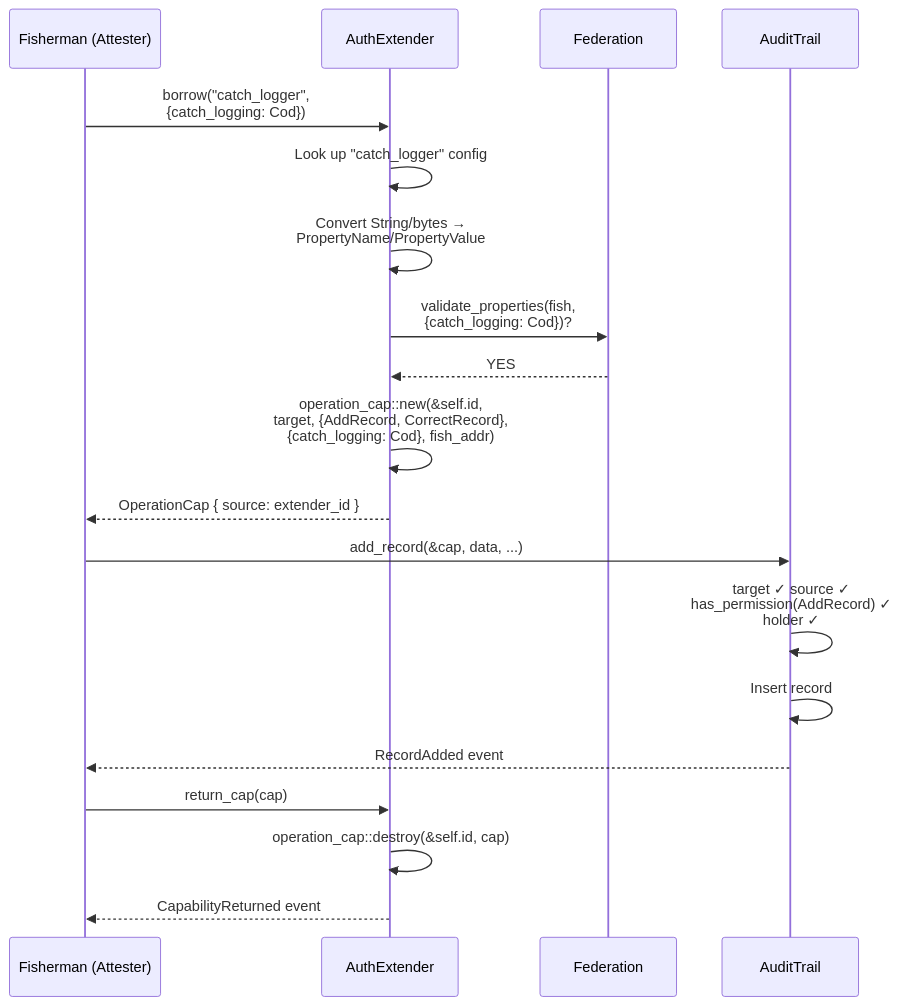
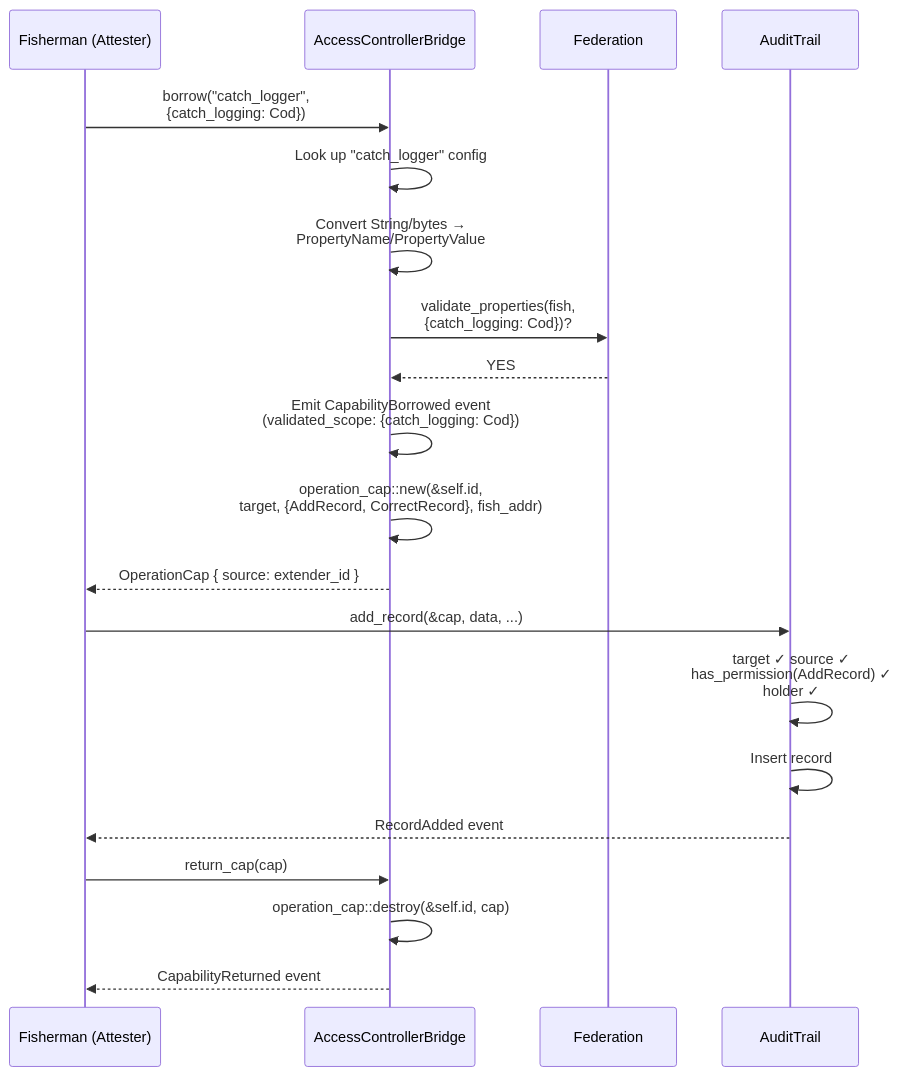
Before and after one commit to qrayven/acb: the third of 7 diagrams in resources/access-controller-bridge-v3.md, drawn with Mermaid. The commit also changed other lines of this file, not shown here.

Commit message:
remove validated_scope from opreationCap

````diff
--- a/resources/access-controller-bridge-v3.md
+++ b/resources/access-controller-bridge-v3.md
@@ -2389,24 +2364,25 @@
 ```mermaid
 sequenceDiagram
     participant Fish as Fisherman (Attester)
-    participant AE as AuthExtender
+    participant AE as AccessControllerBridge
     participant Fed as Federation
     participant Trail as AuditTrail
 
     Fish->>AE: borrow("catch_logger",<br/>{catch_logging: Cod})
     AE->>AE: Look up "catch_logger" config
     AE->>AE: Convert String/bytes →<br/>PropertyName/PropertyValue
     AE->>Fed: validate_properties(fish,<br/>{catch_logging: Cod})?
     Fed-->>AE: YES
-    AE->>AE: operation_cap::new(&self.id,<br/>target, {AddRecord, CorrectRecord},<br/>{catch_logging: Cod}, fish_addr)
+    AE->>AE: Emit CapabilityBorrowed event<br/>(validated_scope: {catch_logging: Cod})
+    AE->>AE: operation_cap::new(&self.id,<br/>target, {AddRecord, CorrectRecord}, fish_addr)
     AE-->>Fish: OperationCap { source: extender_id }
 
     Fish->>Trail: add_record(&cap, data, ...)
     Trail->>Trail: target ✓ source ✓<br/>has_permission(AddRecord) ✓<br/>holder ✓
     Trail->>Trail: Insert record
     Trail-->>Fish: RecordAdded event
 
     Fish->>AE: return_cap(cap)
     AE->>AE: operation_cap::destroy(&self.id, cap)
     AE-->>Fish: CapabilityReturned event
 ```
````
